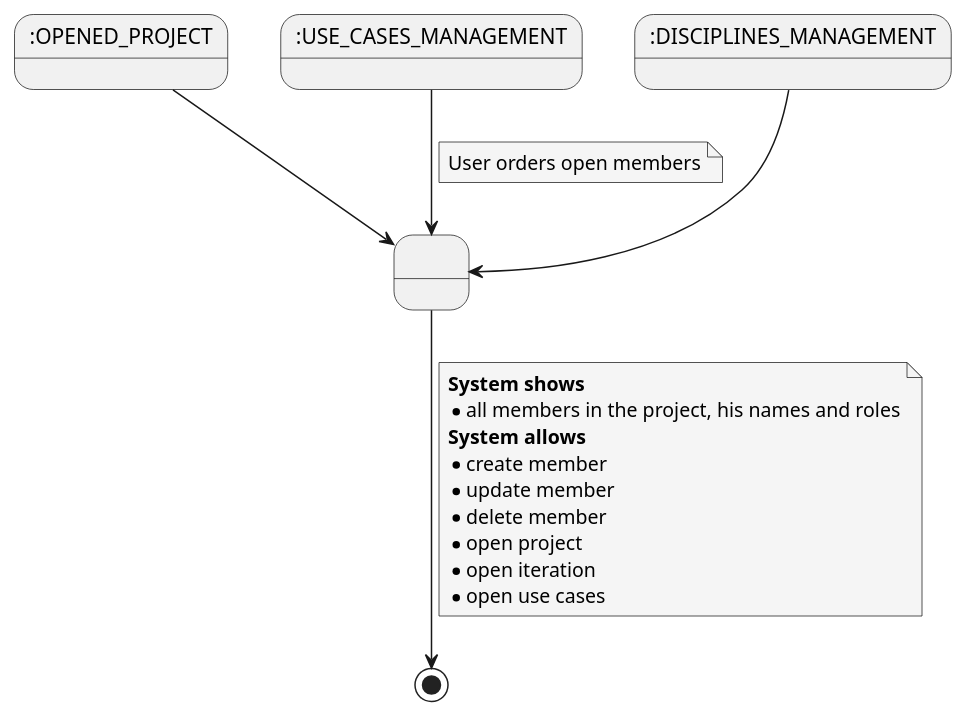
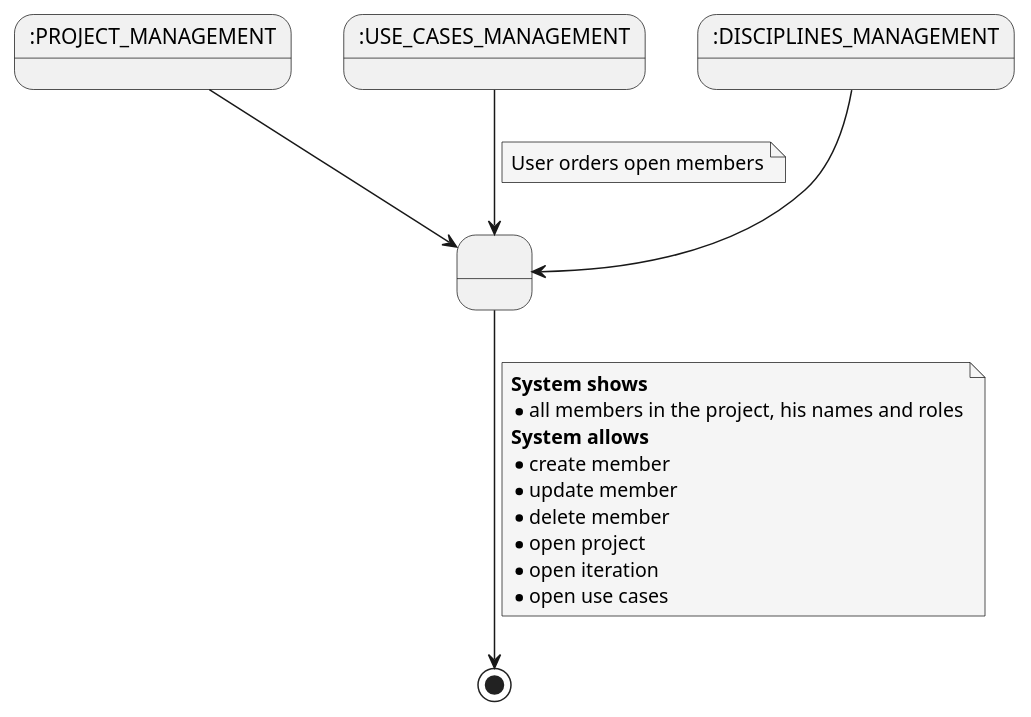
Before and after one commit to rup-projects/rup-projects: the diagram in documentation/diagrams/usecases/specifications/members/OpenMembers.puml, drawn with PlantUML. The commit also changed 16 other files, not shown here.

Commit message:
cambiamos de nombre OPENED por MANAGEMENT

```diff
--- a/documentation/diagrams/usecases/specifications/members/OpenMembers.puml
+++ b/documentation/diagrams/usecases/specifications/members/OpenMembers.puml
@@ -1,33 +1,33 @@
 @startuml
 skinparam {
     NoteBackgroundColor #whiteSmoke
 }
 
-    state 0 as ":OPENED_PROJECT"
+    state 0 as ":PROJECT_MANAGEMENT"
     state 1 as " "
     state 2 as ":USE_CASES_MANAGEMENT"
     state 3 as ":DISCIPLINES_MANAGEMENT"
 
     0 --> 1
 
     2 --> 1
     note on link
         User orders open members
     end note
 
     3 --> 1
 
     1 --> [*]
     note on link
         <b>System shows</b>
         * all members in the project, his names and roles
         <b>System allows</b>
         * create member
         * update member
         * delete member
         * open project
         * open iteration
         * open use cases
     end note
 
 @enduml
```
